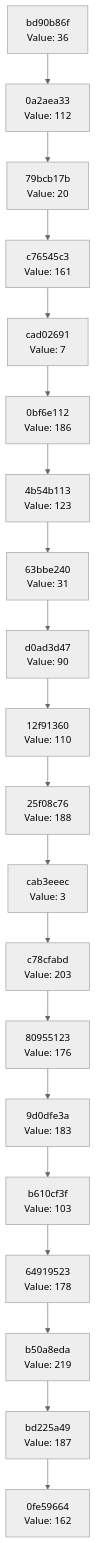
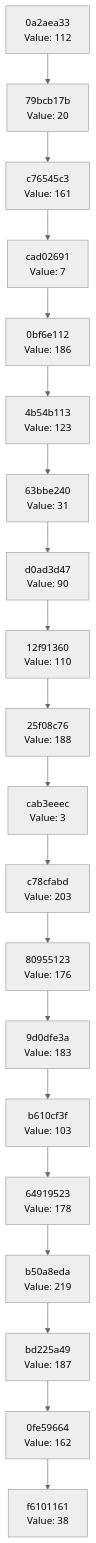
One commit to Abhisheksinha1506/hash-chain-evolver changed the diagram in docs/CHAIN_VISUALIZATION.md. Above: the diagram before and after it, drawn with Mermaid (neutral theme). The commit also changed 2 other files, not shown here.

Commit message:
Evolution step: hash 0x26 → action executed

````diff
--- a/docs/CHAIN_VISUALIZATION.md
+++ b/docs/CHAIN_VISUALIZATION.md
@@ -3,42 +3,42 @@
 ```mermaid
 graph TD
-    C0["0fe59664<br/>Value: 162"]
-    C1["bd225a49<br/>Value: 187"]
+    C0["f6101161<br/>Value: 38"]
+    C1["0fe59664<br/>Value: 162"]
     C1 --> C0
-    C2["b50a8eda<br/>Value: 219"]
+    C2["bd225a49<br/>Value: 187"]
     C2 --> C1
-    C3["64919523<br/>Value: 178"]
+    C3["b50a8eda<br/>Value: 219"]
     C3 --> C2
-    C4["b610cf3f<br/>Value: 103"]
+    C4["64919523<br/>Value: 178"]
     C4 --> C3
-    C5["9d0dfe3a<br/>Value: 183"]
+    C5["b610cf3f<br/>Value: 103"]
     C5 --> C4
-    C6["80955123<br/>Value: 176"]
+    C6["9d0dfe3a<br/>Value: 183"]
     C6 --> C5
-    C7["c78cfabd<br/>Value: 203"]
+    C7["80955123<br/>Value: 176"]
     C7 --> C6
-    C8["cab3eeec<br/>Value: 3"]
+    C8["c78cfabd<br/>Value: 203"]
     C8 --> C7
-    C9["25f08c76<br/>Value: 188"]
+    C9["cab3eeec<br/>Value: 3"]
     C9 --> C8
-    C10["12f91360<br/>Value: 110"]
+    C10["25f08c76<br/>Value: 188"]
     C10 --> C9
-    C11["d0ad3d47<br/>Value: 90"]
+    C11["12f91360<br/>Value: 110"]
     C11 --> C10
-    C12["63bbe240<br/>Value: 31"]
+    C12["d0ad3d47<br/>Value: 90"]
     C12 --> C11
-    C13["4b54b113<br/>Value: 123"]
+    C13["63bbe240<br/>Value: 31"]
     C13 --> C12
-    C14["0bf6e112<br/>Value: 186"]
+    C14["4b54b113<br/>Value: 123"]
     C14 --> C13
-    C15["cad02691<br/>Value: 7"]
+    C15["0bf6e112<br/>Value: 186"]
     C15 --> C14
-    C16["c76545c3<br/>Value: 161"]
+    C16["cad02691<br/>Value: 7"]
     C16 --> C15
-    C17["79bcb17b<br/>Value: 20"]
+    C17["c76545c3<br/>Value: 161"]
     C17 --> C16
-    C18["0a2aea33<br/>Value: 112"]
+    C18["79bcb17b<br/>Value: 20"]
     C18 --> C17
-    C19["bd90b86f<br/>Value: 36"]
+    C19["0a2aea33<br/>Value: 112"]
     C19 --> C18
 ```
````
